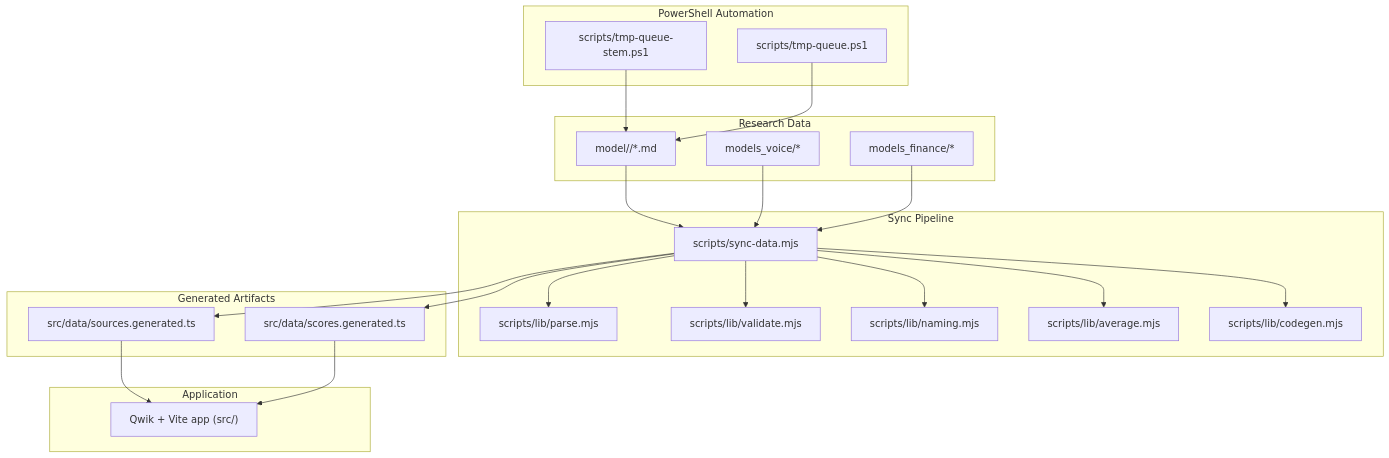
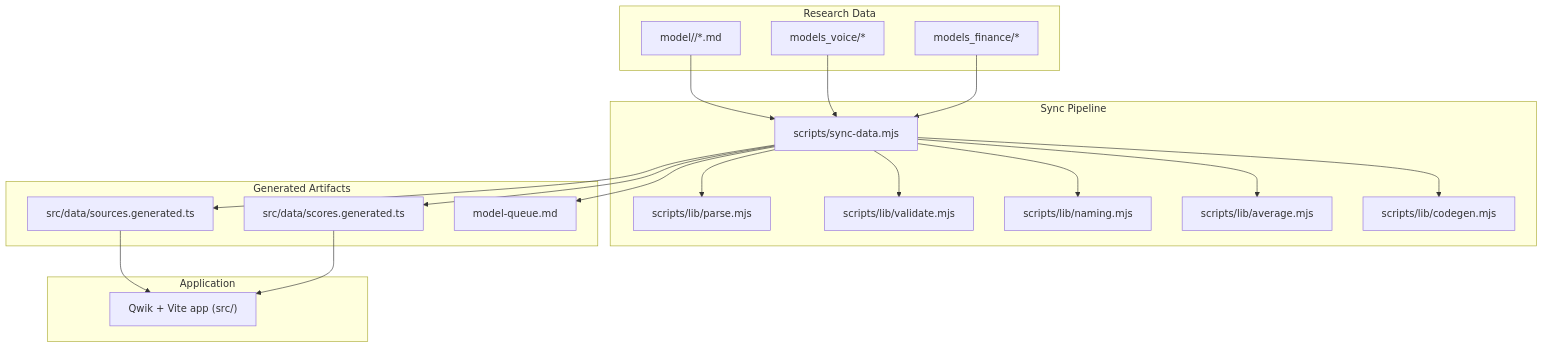
Before and after one commit to delirium-dj/modelcomp: the first of 8 diagrams in .qoder/repowiki/en/content/Build & Development Pipeline/Build & Development Pipeline.md, drawn with Mermaid. The commit also changed other lines of this file and 141 other files, not shown here.

````diff
--- a/.qoder/repowiki/en/content/Build & Development Pipeline/Build & Development Pipeline.md
+++ b/.qoder/repowiki/en/content/Build & Development Pipeline/Build & Development Pipeline.md
@@ -55,41 +61,37 @@
 ```mermaid
 graph TB
 subgraph "Research Data"
 M["model/<slug>/*.md"]
 MV["models_voice/*"]
 MF["models_finance/*"]
 end
 subgraph "Sync Pipeline"
 SYNC["scripts/sync-data.mjs"]
 P["scripts/lib/parse.mjs"]
 V["scripts/lib/validate.mjs"]
 N["scripts/lib/naming.mjs"]
 A["scripts/lib/average.mjs"]
 C["scripts/lib/codegen.mjs"]
 end
-subgraph "PowerShell Automation"
-PS1["scripts/tmp-queue-stem.ps1"]
-PS2["scripts/tmp-queue.ps1"]
-end
 subgraph "Generated Artifacts"
 SGEN["src/data/sources.generated.ts"]
 DGEN["src/data/scores.generated.ts"]
+MQ["model-queue.md"]
 end
 subgraph "Application"
 APP["Qwik + Vite app (src/)"]
 end
 M --> SYNC
 MV --> SYNC
 MF --> SYNC
 SYNC --> P
 SYNC --> V
 SYNC --> N
 SYNC --> A
 SYNC --> C
 SYNC --> SGEN
 SYNC --> DGEN
-PS1 --> M
-PS2 --> M
+SYNC --> MQ
 SGEN --> APP
 DGEN --> APP
 ```
````
